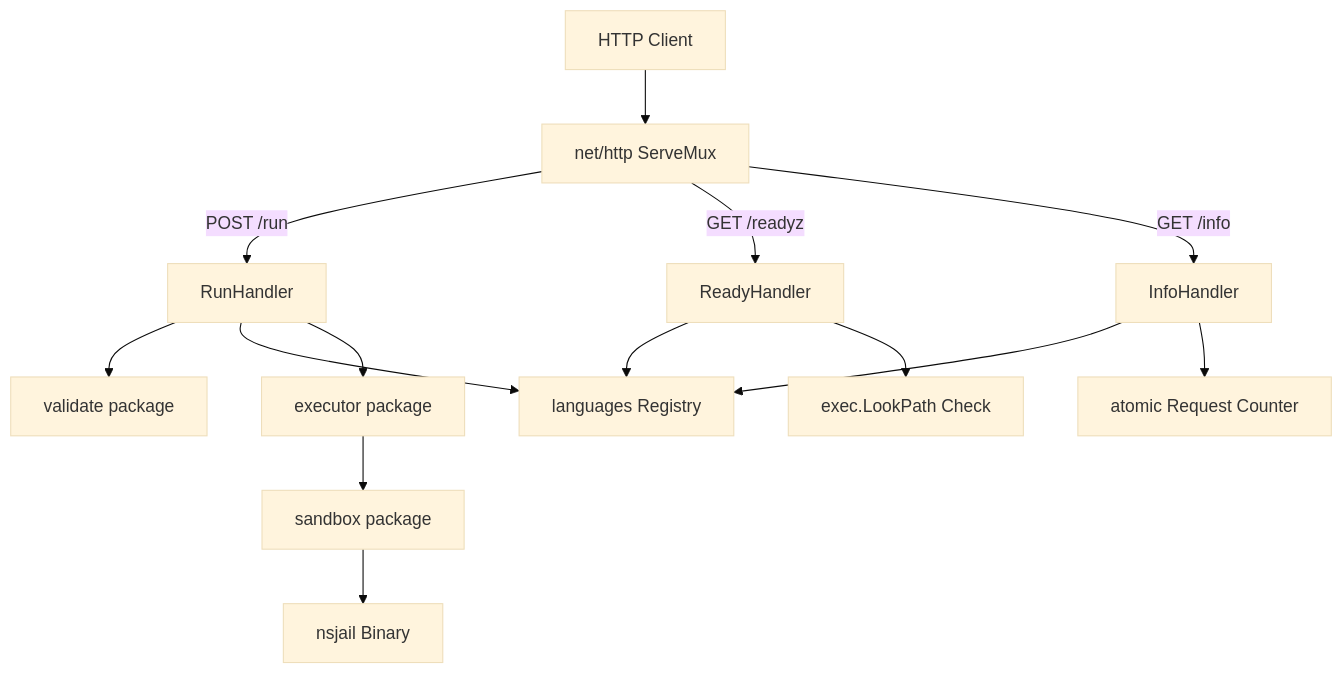
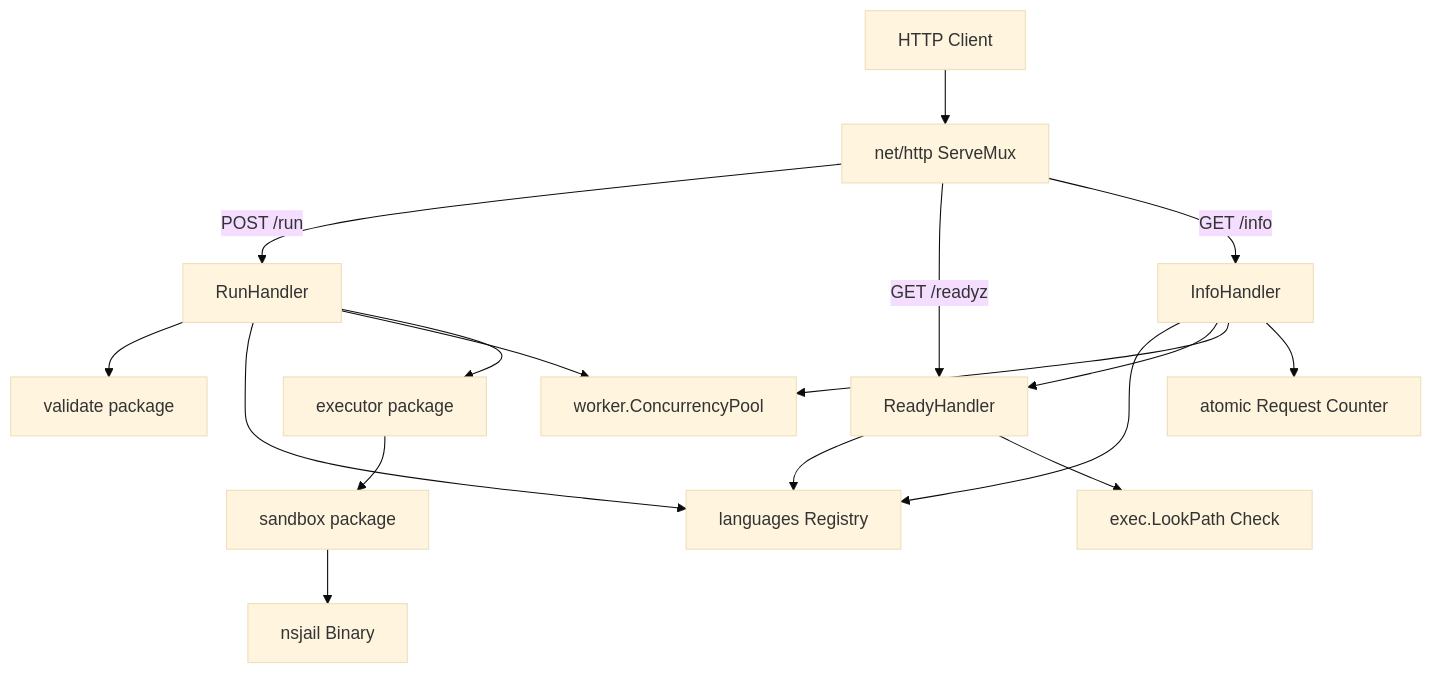
One commit to christiano-developer/goboxd changed the diagram in docs/architecture.md. Above: the diagram before and after it, drawn with Mermaid (base theme). The commit also changed other lines of this file and 12 other files, not shown here.

````diff
--- a/docs/architecture.md
+++ b/docs/architecture.md
@@ -11,19 +11,22 @@
 ```mermaid
 graph TD
     Client[HTTP Client] --> Mux[net/http ServeMux]
     Mux -->|POST /run| RunH[RunHandler]
     Mux -->|GET /readyz| ReadyH[ReadyHandler]
     Mux -->|GET /info| InfoH[InfoHandler]
 
     RunH --> Val[validate package]
     RunH --> Reg[languages Registry]
+    RunH --> Pool[worker.ConcurrencyPool]
     RunH --> Exec[executor package]
     Exec --> Sand[sandbox package]
     Sand --> NsJail[nsjail Binary]
 
     ReadyH --> Reg
     ReadyH --> ExecLook[exec.LookPath Check]
 
     InfoH --> Reg
+    InfoH --> ReadyH
+    InfoH --> Pool
     InfoH --> Stats[atomic Request Counter]
 ```
````
